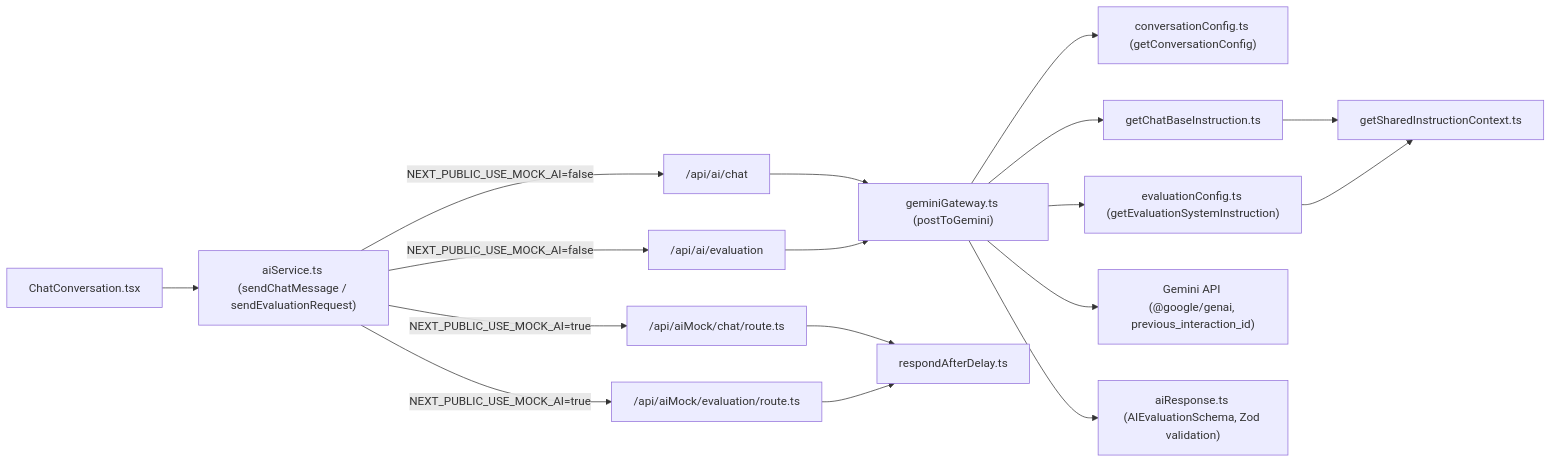
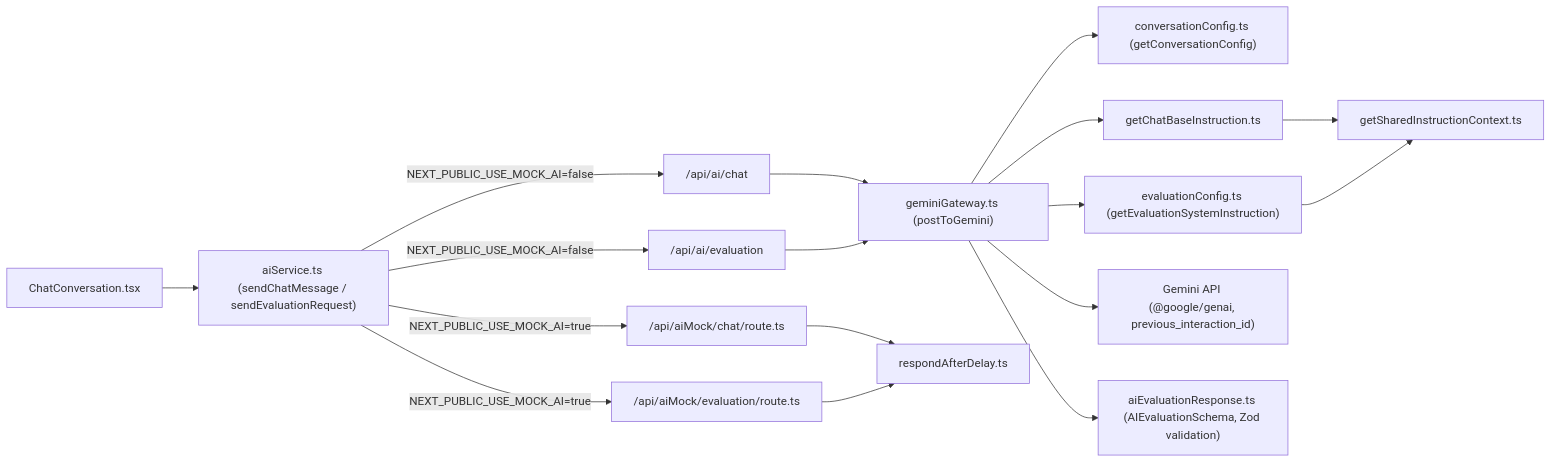
One commit to jaronbarends/language-buddy changed the second of 2 diagrams in docs/architecture.md. Above: the diagram before and after it, drawn with Mermaid. The commit also changed 7 other files, not shown here.

Commit message:
rename aiResponse to aiEvaluationResponse

````diff
--- a/docs/architecture.md
+++ b/docs/architecture.md
@@ -49,25 +49,25 @@
 ```mermaid
 graph LR
   Conversation["ChatConversation.tsx"] --> AiService["aiService.ts (sendChatMessage / sendEvaluationRequest)"]
 
   AiService -->|NEXT_PUBLIC_USE_MOCK_AI=false| ChatRoute["/api/ai/chat"]
   AiService -->|NEXT_PUBLIC_USE_MOCK_AI=false| EvalRoute["/api/ai/evaluation"]
   AiService -->|NEXT_PUBLIC_USE_MOCK_AI=true| MockChatRoute["/api/aiMock/chat"]
   AiService -->|NEXT_PUBLIC_USE_MOCK_AI=true| MockEvalRoute["/api/aiMock/evaluation"]
 
   ChatRoute --> Gateway["geminiGateway.ts (postToGemini)"]
   EvalRoute --> Gateway
 
   Gateway --> ConvConfig["conversationConfig.ts (getConversationConfig)"]
   Gateway --> ChatInstruction["getChatBaseInstruction.ts"]
   Gateway --> EvalConfig["evaluationConfig.ts (getEvaluationSystemInstruction)"]
   ChatInstruction --> SharedContext["getSharedInstructionContext.ts"]
   EvalConfig --> SharedContext
 
   Gateway --> Gemini["Gemini API (@google/genai, previous_interaction_id)"]
 
   MockChatRoute["/api/aiMock/chat/route.ts"] --> RespondDelay["respondAfterDelay.ts"]
   MockEvalRoute["/api/aiMock/evaluation/route.ts"] --> RespondDelay
 
-  Gateway --> AiResponse["aiResponse.ts (AIEvaluationSchema, Zod validation)"]
+  Gateway --> AiResponse["aiEvaluationResponse.ts (AIEvaluationSchema, Zod validation)"]
 ```
````
